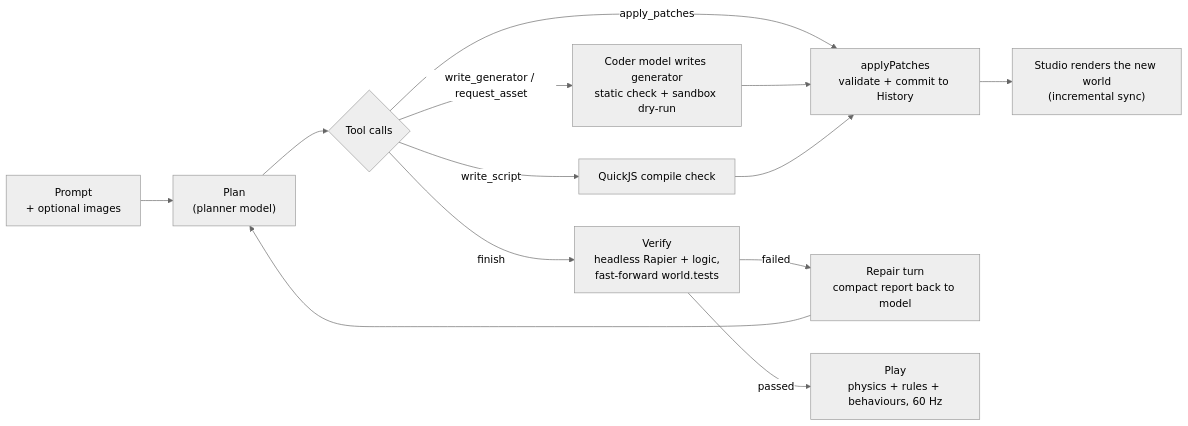
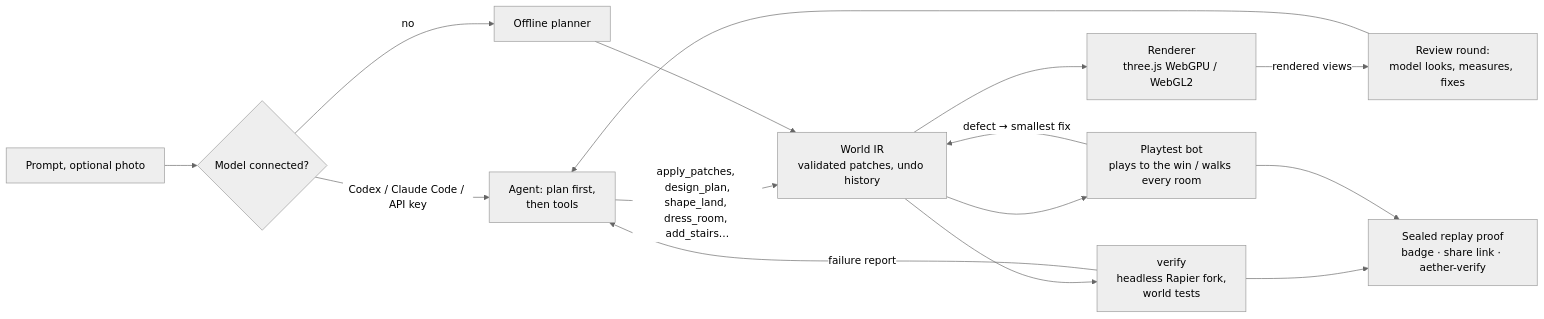
The first of 2 diagrams in README.md (StarAtNyte/aether), drawn with Mermaid (neutral theme) before and after one commit. The commit also changed other lines of this file and 2 other files, not shown here.

Commit message:
Docs: README rewritten around the core ideas, the fifteen featured worlds and plain limits; user guide; agent tool reference

````diff
--- a/README.md
+++ b/README.md
@@ -614,15 +206,16 @@
 ```mermaid
 flowchart LR
-    P["Prompt<br/>+ optional images"] --> PL["Plan<br/>(planner model)"]
-    PL --> T{"Tool calls"}
-    T -->|apply_patches| A["applyPatches<br/>validate + commit to History"]
-    T -->|write_generator / request_asset| G["Coder model writes generator<br/>static check + sandbox dry-run"]
-    T -->|write_script| S["QuickJS compile check"]
-    G --> A
-    S --> A
-    A --> R["Studio renders the new world<br/>(incremental sync)"]
-    T -->|finish| V["Verify<br/>headless Rapier + logic,<br/>fast-forward world.tests"]
-    V -->|failed| RP["Repair turn<br/>compact report back to model"]
-    RP --> PL
-    V -->|passed| PLAY["Play<br/>physics + rules + behaviours, 60 Hz"]
+    P["Prompt, optional photo"] --> M{"Model connected?"}
+    M -->|"Codex / Claude Code / API key"| AI["Agent: plan first,<br/>then tools"]
+    M -->|no| OFF["Offline planner"]
+    AI -->|"apply_patches, design_plan,<br/>shape_land, dress_room, add_stairs…"| IR["World IR<br/>validated patches, undo history"]
+    OFF --> IR
+    IR --> R["Renderer<br/>three.js WebGPU / WebGL2"]
+    IR --> V["verify<br/>headless Rapier fork,<br/>world tests"]
+    IR --> B["Playtest bot<br/>plays to the win / walks every room"]
+    R -->|"rendered views"| REV["Review round:<br/>model looks, measures, fixes"]
+    V -->|failure report| AI
+    B -->|"defect → smallest fix"| IR
+    REV --> AI
+    V & B --> S["Sealed replay proof<br/>badge · share link · aether-verify"]
 ```
````
